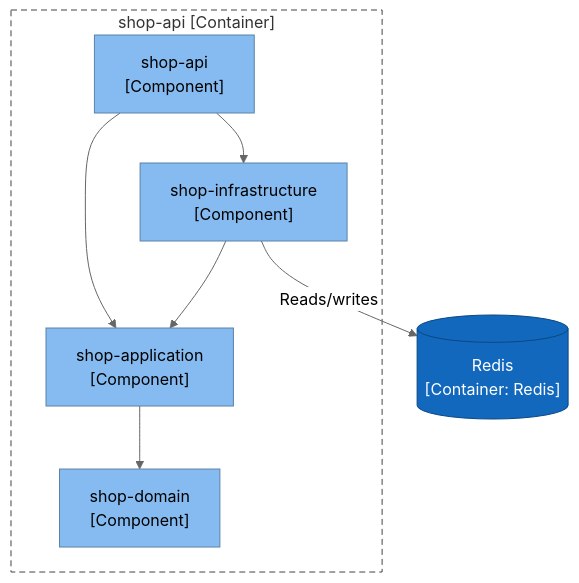
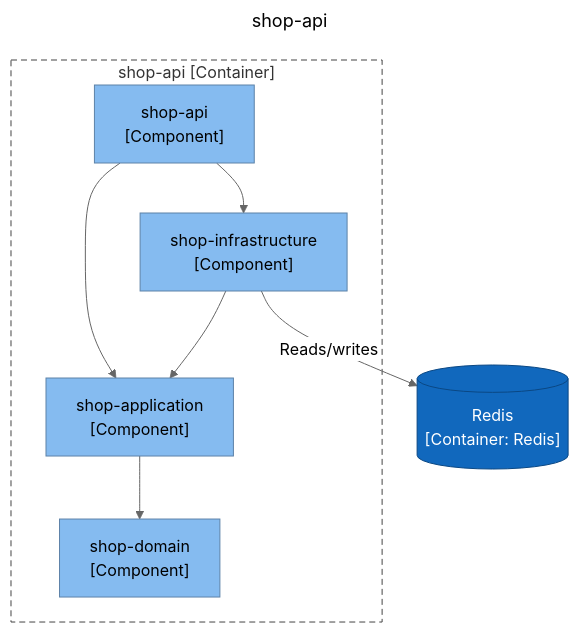
The second of 4 diagrams in tests/golden/maven_layered/output/ArchitectureReport.md (ythalorossy/architecture-skills), drawn with Mermaid (neutral theme) before and after one commit. The commit also changed other lines of this file and 56 other files, not shown here.

First line of the commit message:
feat(c4): title every diagram and add one Key to the report

````diff
--- a/tests/golden/maven_layered/output/ArchitectureReport.md
+++ b/tests/golden/maven_layered/output/ArchitectureReport.md
@@ -55,24 +70,27 @@
 ```mermaid
+---
+title: "shop-api"
+---
 flowchart TB
     subgraph boundary["shop-api [Container]"]
         shop_api["shop-api<br/>[Component]"]
         shop_application["shop-application<br/>[Component]"]
         shop_domain["shop-domain<br/>[Component]"]
         shop_infrastructure["shop-infrastructure<br/>[Component]"]
     end
     shop_api --> shop_application
     shop_api --> shop_infrastructure
     shop_application --> shop_domain
     shop_infrastructure --> shop_application
     db_redis[("Redis<br/>[Container: Redis]")]
     shop_infrastructure -->|"Reads/writes"| db_redis
     classDef person fill:#08427b,stroke:#052e56,color:#ffffff
     classDef container fill:#1168bd,stroke:#0b4884,color:#ffffff
     classDef system fill:#1168bd,stroke:#0b4884,color:#ffffff
     classDef component fill:#85bbf0,stroke:#5d82a8,color:#000000
     classDef external fill:#999999,stroke:#6b6b6b,color:#ffffff
     classDef shared fill:#dbe9f6,stroke:#5d82a8,color:#000000,stroke-dasharray:4 3
     class shop_api,shop_application,shop_domain,shop_infrastructure component
     class db_redis container
     style boundary fill:none,stroke:#444444,stroke-dasharray:6 4
 ```
````
